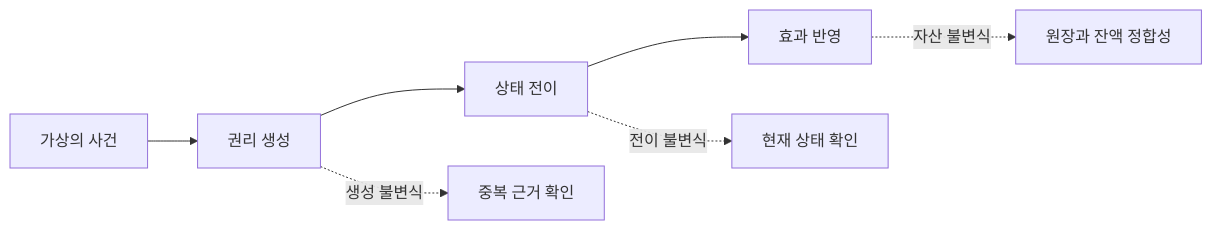
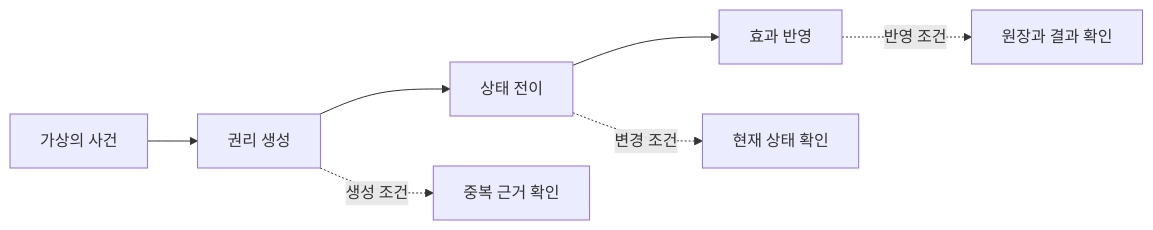
One commit to jiwon11/jiwon11.github.io changed the first of 7 diagrams in _posts/2026-03-20-reward-creation-receipt-charge-responsibility.md. Above: the diagram before and after it, drawn with Mermaid. The commit also changed other lines of this file and 6 other files, not shown here.

```diff
--- a/_posts/2026-03-20-reward-creation-receipt-charge-responsibility.md
+++ b/_posts/2026-03-20-reward-creation-receipt-charge-responsibility.md
@@ -52,10 +52,10 @@
 ~~~mermaid
 flowchart LR
     S["가상의 사건"] --> C["권리 생성"]
     C --> T["상태 전이"]
     T --> E["효과 반영"]
 
-    C -. "생성 불변식" .-> CI["중복 근거 확인"]
-    T -. "전이 불변식" .-> TI["현재 상태 확인"]
-    E -. "자산 불변식" .-> EI["원장과 잔액 정합성"]
+    C -. "생성 조건" .-> CI["중복 근거 확인"]
+    T -. "변경 조건" .-> TI["현재 상태 확인"]
+    E -. "반영 조건" .-> EI["원장과 결과 확인"]
 ~~~
```
